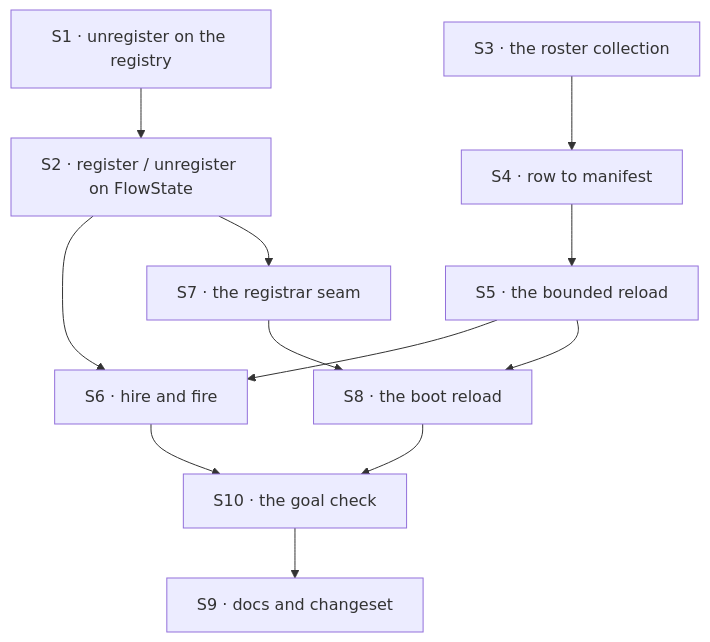
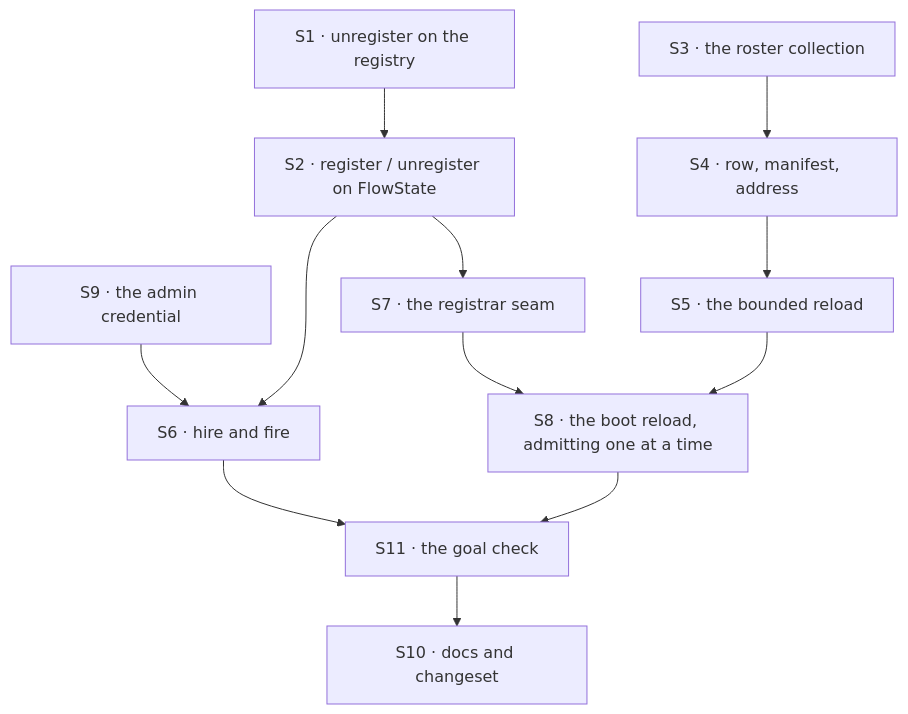
One commit to fixpoint-labs/flow-state-dev changed the diagram in specs/issues/FIX-1475/PLAN.md. Above: the diagram before and after it, drawn with Mermaid. The commit also changed other lines of this file and 4 other files, not shown here.

````diff
--- a/specs/issues/FIX-1475/PLAN.md
+++ b/specs/issues/FIX-1475/PLAN.md
@@ -37,14 +88,14 @@
 ```mermaid
 flowchart TD
   S1["S1 · unregister on the registry"] --> S2["S2 · register / unregister on FlowState"]
-  S3["S3 · the roster collection"] --> S4["S4 · row to manifest"]
+  S3["S3 · the roster collection"] --> S4["S4 · row, manifest, address"]
   S4 --> S5["S5 · the bounded reload"]
-  S2 --> S6["S6 · hire and fire"]
-  S5 --> S6
+  S9["S9 · the admin credential"] --> S6["S6 · hire and fire"]
+  S2 --> S6
   S2 --> S7["S7 · the registrar seam"]
-  S7 --> S8["S8 · the boot reload"]
+  S7 --> S8["S8 · the boot reload, admitting one at a time"]
   S5 --> S8
-  S6 --> S10["S10 · the goal check"]
-  S8 --> S10
-  S10 --> S9["S9 · docs and changeset"]
+  S6 --> S11["S11 · the goal check"]
+  S8 --> S11
+  S11 --> S10["S10 · docs and changeset"]
 ```
````
